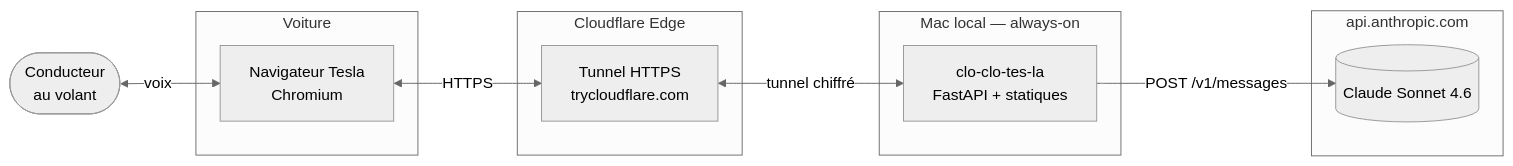
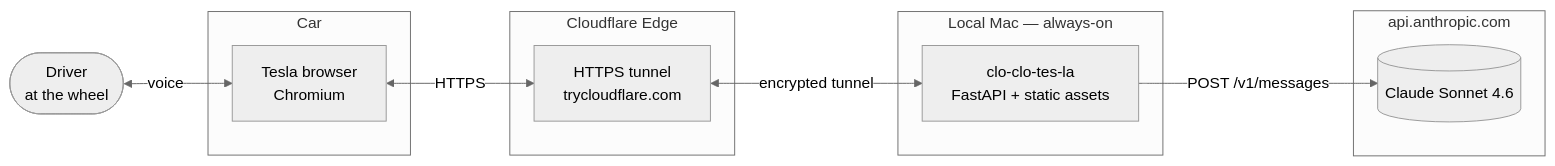
The first of 2 diagrams in docs/ARCHITECTURE.md (osadey/clo-clo-tes-la), drawn with Mermaid (neutral theme) before and after one commit. The commit also changed other lines of this file and 1 other file, not shown here.

First line of the commit message:
docs: translate README and ARCHITECTURE to English

````diff
--- a/docs/ARCHITECTURE.md
+++ b/docs/ARCHITECTURE.md
@@ -30,25 +32,25 @@
 ```mermaid
 flowchart LR
-    User([Conducteur<br/>au volant])
+    User([Driver<br/>at the wheel])
 
-    subgraph Voiture
-      Tesla[Navigateur Tesla<br/>Chromium]
+    subgraph Car
+      Tesla[Tesla browser<br/>Chromium]
     end
 
     subgraph Cloud["Cloudflare Edge"]
-      CF[Tunnel HTTPS<br/>trycloudflare.com]
+      CF[HTTPS tunnel<br/>trycloudflare.com]
     end
 
-    subgraph Mac["Mac local — always-on"]
-      App[clo-clo-tes-la<br/>FastAPI + statiques]
+    subgraph Mac["Local Mac — always-on"]
+      App[clo-clo-tes-la<br/>FastAPI + static assets]
     end
 
     subgraph Anthropic["api.anthropic.com"]
       Claude[(Claude Sonnet 4.6)]
     end
 
-    User <-->|voix| Tesla
+    User <-->|voice| Tesla
     Tesla <-->|HTTPS| CF
-    CF <-->|tunnel chiffré| App
+    CF <-->|encrypted tunnel| App
     App -->|POST /v1/messages| Claude
 ```
````
